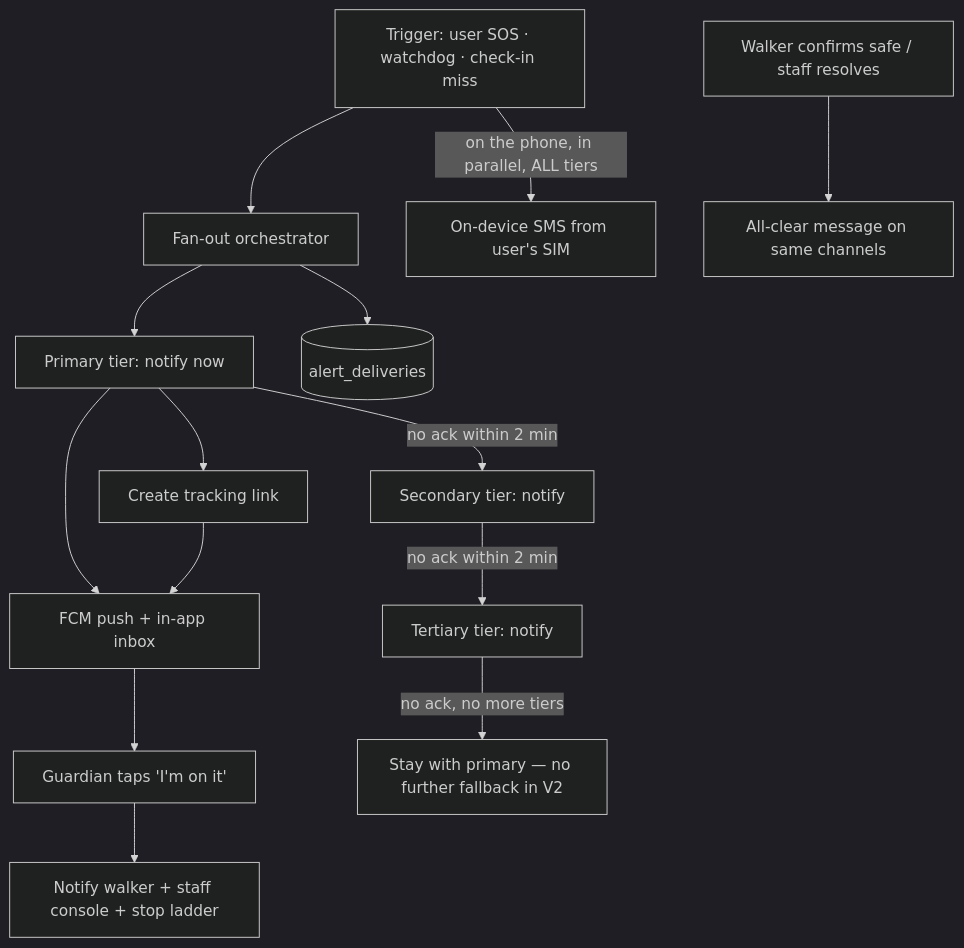
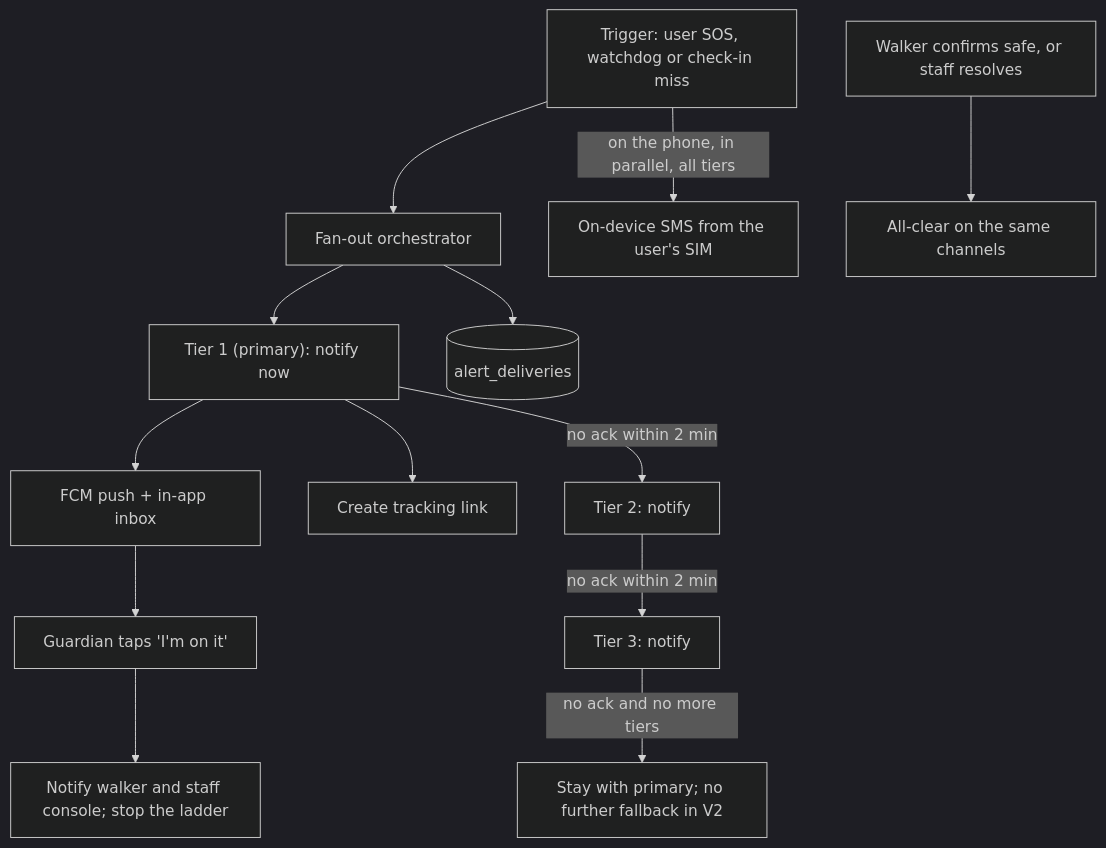
One commit to safora-safety/Safora changed the second of 4 diagrams in docs/v2/safety-and-tracking.md. Above: the diagram before and after it, drawn with Mermaid (dark theme). The commit also changed other lines of this file and 53 other files, not shown here.

````diff
--- a/docs/v2/safety-and-tracking.md
+++ b/docs/v2/safety-and-tracking.md
@@ -75,16 +97,15 @@
 ```mermaid
 flowchart TD
-    E[Trigger: user SOS · watchdog · check-in miss] --> O[Fan-out orchestrator]
-    O --> P1[Primary tier: notify now]
-    P1 --> A[FCM push + in-app inbox]
-    P1 --> L[Create tracking link]
-    E -->|on the phone, in parallel, ALL tiers| S[On-device SMS from user's SIM]
-    L --> A
-    O --> D[(alert_deliveries)]
-    A --> K[Guardian taps 'I'm on it']
-    K --> N[Notify walker + staff console + stop ladder]
-    P1 -->|no ack within 2 min| P2[Secondary tier: notify]
-    P2 -->|no ack within 2 min| P3[Tertiary tier: notify]
-    P3 -->|no ack, no more tiers| STAY[Stay with primary — no further fallback in V2]
-    R[Walker confirms safe / staff resolves] --> C[All-clear message on same channels]
+    E["Trigger: user SOS, watchdog or check-in miss"] --> O["Fan-out orchestrator"]
+    E -->|"on the phone, in parallel, all tiers"| S["On-device SMS from the user's SIM"]
+    O --> P1["Tier 1 (primary): notify now"]
+    P1 --> A["FCM push + in-app inbox"]
+    P1 --> L["Create tracking link"]
+    O --> D[("alert_deliveries")]
+    A --> K["Guardian taps 'I'm on it'"]
+    K --> N["Notify walker and staff console; stop the ladder"]
+    P1 -->|"no ack within 2 min"| P2["Tier 2: notify"]
+    P2 -->|"no ack within 2 min"| P3["Tier 3: notify"]
+    P3 -->|"no ack and no more tiers"| STAY["Stay with primary; no further fallback in V2"]
+    R["Walker confirms safe, or staff resolves"] --> C["All-clear on the same channels"]
 ```
````
